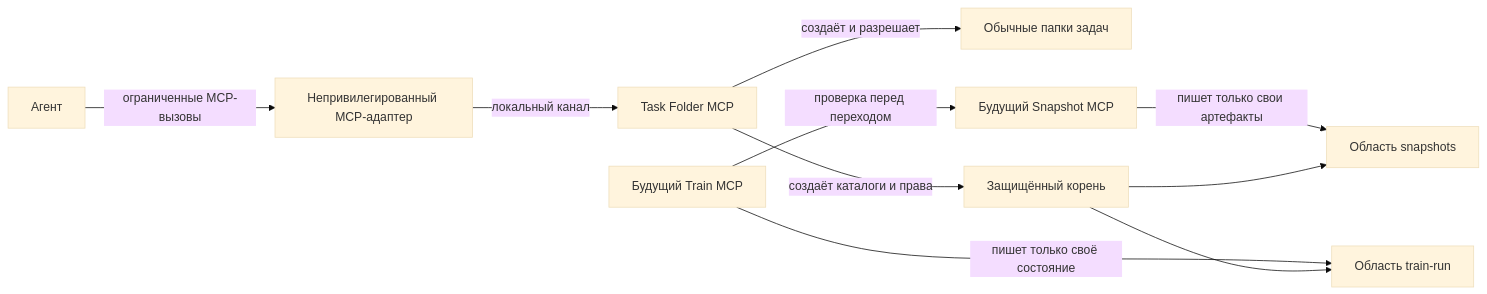
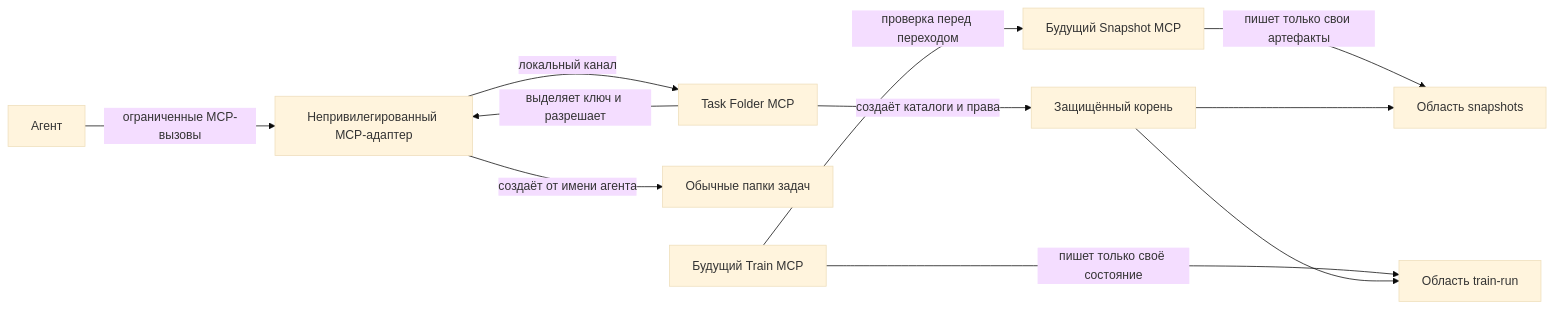
The diagram in docs/architecture.md (twilight-slider/task-tracker), drawn with Mermaid (base theme) before and after one commit. The commit also changed other lines of this file and 24 other files, not shown here.

````diff
--- a/docs/architecture.md
+++ b/docs/architecture.md
@@ -25,12 +25,13 @@
 ```mermaid
 flowchart LR
     Agent[Агент] -->|ограниченные MCP-вызовы| Adapter[Непривилегированный MCP-адаптер]
     Adapter -->|локальный канал| Folder[Task Folder MCP]
-    Folder -->|создаёт и разрешает| Tasks[Обычные папки задач]
+    Adapter -->|создаёт от имени агента| Tasks[Обычные папки задач]
+    Folder -->|выделяет ключ и разрешает| Adapter
     Folder -->|создаёт каталоги и права| Secure[Защищённый корень]
     Snapshot[Будущий Snapshot MCP] -->|пишет только свои артефакты| Snapshots[Область snapshots]
     Train[Будущий Train MCP] -->|пишет только своё состояние| Runs[Область train-run]
     Secure --> Snapshots
     Secure --> Runs
     Train -->|проверка перед переходом| Snapshot
 ```
````
